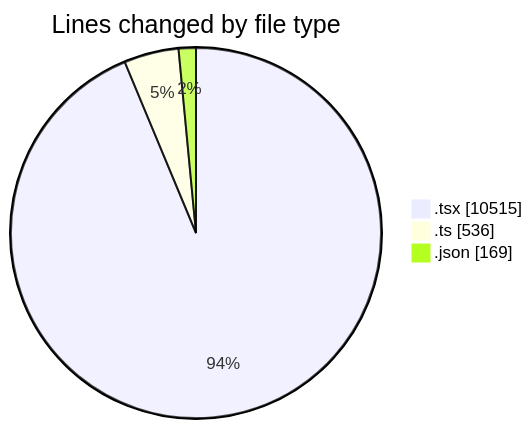
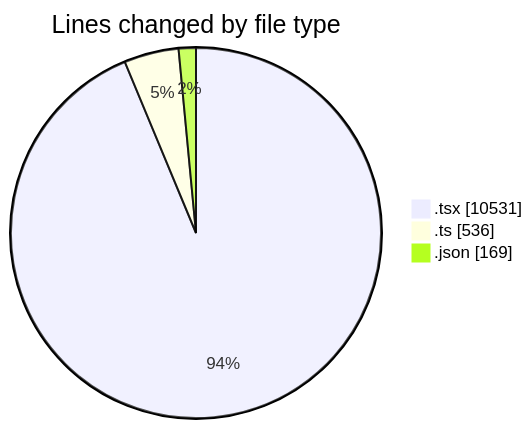
Before and after one commit to robertbonfada/code-tracking: the first of 2 diagrams in 2025-02-18/mbc-web/README.md, drawn with Mermaid. The commit also changed other lines of this file and 1 other file, not shown here.

````diff
--- a/2025-02-18/mbc-web/README.md
+++ b/2025-02-18/mbc-web/README.md
@@ -135,7 +135,7 @@
 ```mermaid
 pie showData
 title Lines changed by file type
-".tsx" : 10515
+".tsx" : 10531
 ".ts" : 536
 ".json" : 169
 ```
````
